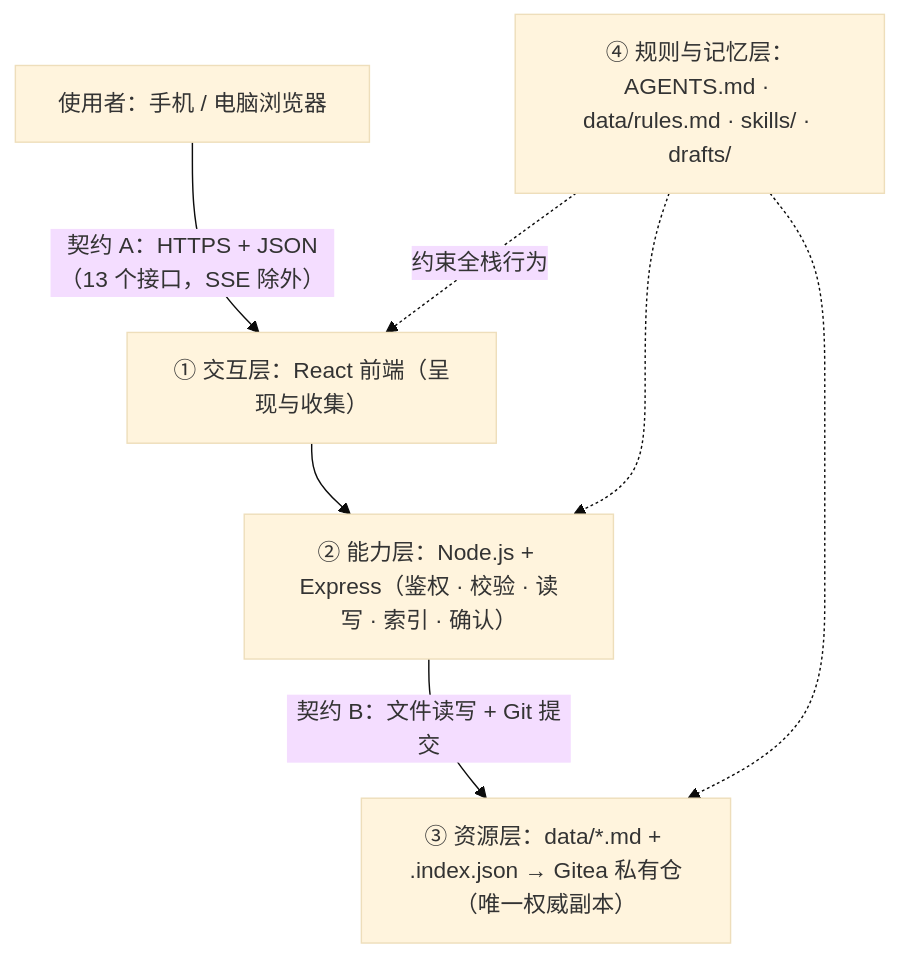
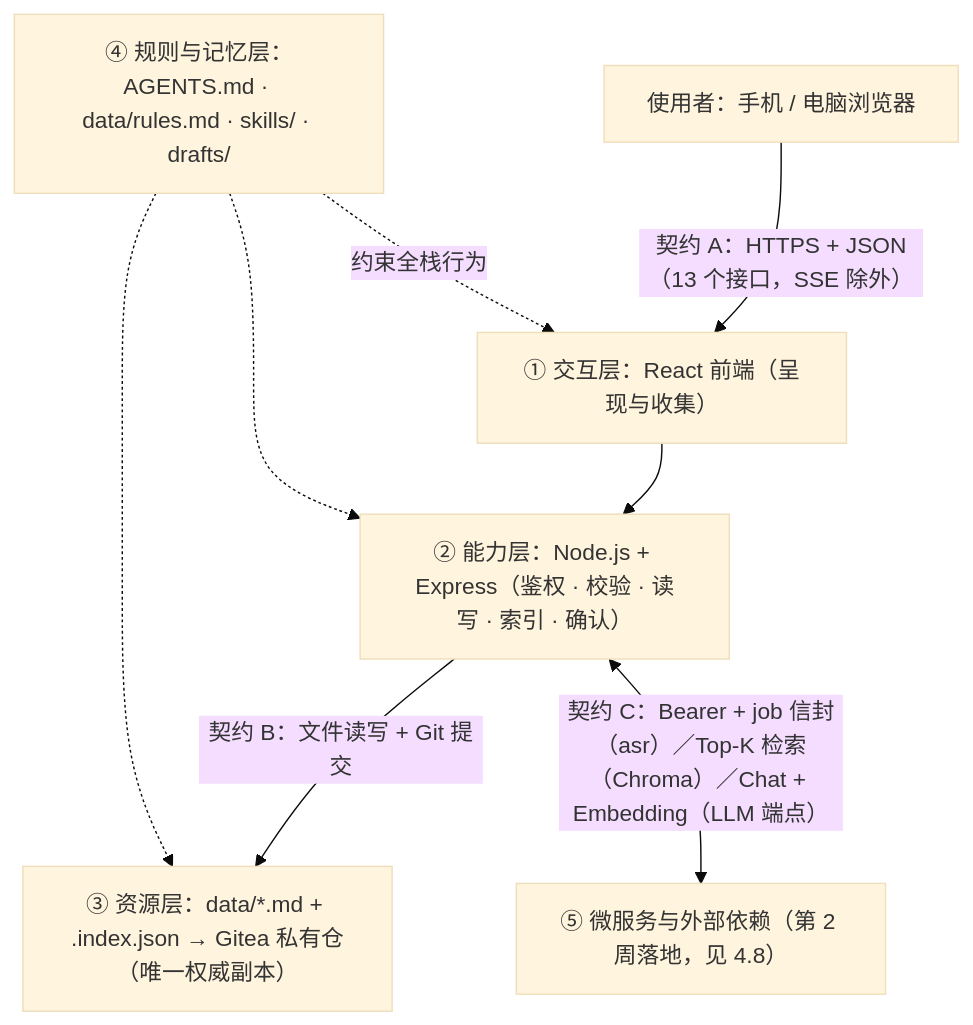
One commit to XingHo-VibeCoding/vbcd changed the eighth of 8 diagrams in TECH_DESIGN.md. Above: the diagram before and after it, drawn with Mermaid (base theme). The commit also changed other lines of this file, not shown here.

Commit message:
[ BIRD ] | 技术设计 v1.5 补齐并更新 asr 契约现状

````diff
--- a/TECH_DESIGN.md
+++ b/TECH_DESIGN.md
@@ -158,9 +206,10 @@
 ```mermaid
 flowchart TB
     U["使用者：手机 / 电脑浏览器"] -->|"契约 A：HTTPS + JSON（13 个接口，SSE 除外）"| A["① 交互层：React 前端（呈现与收集）"]
     A --> B["② 能力层：Node.js + Express（鉴权 · 校验 · 读写 · 索引 · 确认）"]
     B -->|"契约 B：文件读写 + Git 提交"| C["③ 资源层：data/*.md + .index.json → Gitea 私有仓（唯一权威副本）"]
+    B <-->|"契约 C：Bearer + job 信封（asr）／Top-K 检索（Chroma）／Chat + Embedding（LLM 端点）"| E["⑤ 微服务与外部依赖（第 2 周落地，见 4.8）"]
     D["④ 规则与记忆层：AGENTS.md · data/rules.md · skills/ · drafts/"] -.->|"约束全栈行为"| A
     D -.-> B
     D -.-> C
 ```
````
